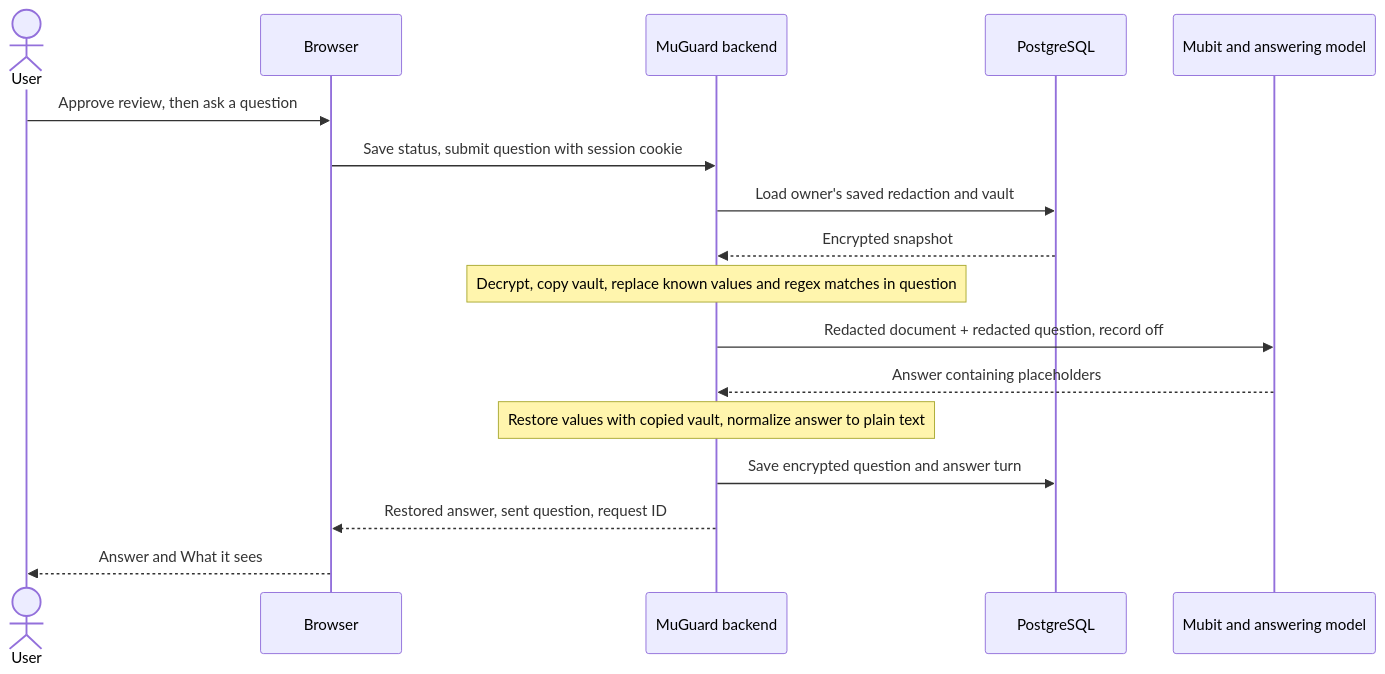
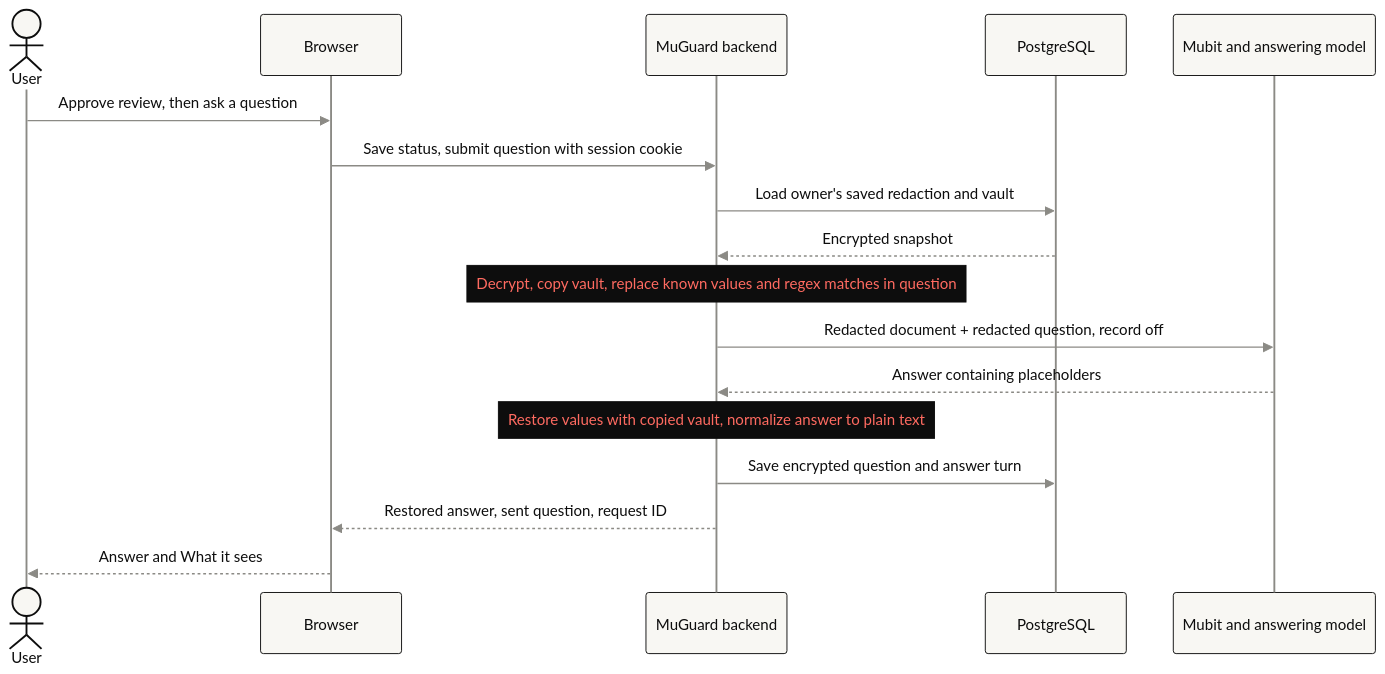
The third of 3 diagrams in docs/ARCHITECTURE.md (kolyamkl/night-shift), drawn with Mermaid before and after one commit. The commit also changed other lines of this file and 9 other files, not shown here.

Commit message:
Docs: diagrams in the README's style, a backend layers picture

````diff
--- a/docs/ARCHITECTURE.md
+++ b/docs/ARCHITECTURE.md
@@ -74,19 +82,20 @@
 ```mermaid
+%%{init: {"theme": "base", "themeVariables": {"fontFamily": "ui-monospace, SFMono-Regular, Menlo, monospace", "primaryColor": "#f8f7f3", "primaryTextColor": "#0d0d0d", "primaryBorderColor": "#0d0d0d", "lineColor": "#8b8a85", "actorBkg": "#f8f7f3", "actorBorder": "#0d0d0d", "actorTextColor": "#0d0d0d", "actorLineColor": "#8b8a85", "signalColor": "#8b8a85", "signalTextColor": "#0d0d0d", "noteBkgColor": "#0d0d0d", "noteTextColor": "#ff6b61", "noteBorderColor": "#0d0d0d", "activationBkgColor": "#e2231a"}}}%%
 sequenceDiagram
     actor User
     participant UI as Browser
     participant API as MuGuard backend
     participant DB as PostgreSQL
     participant M as Mubit and answering model
     User->>UI: Approve review, then ask a question
     UI->>API: Save status, submit question with session cookie
     API->>DB: Load owner's saved redaction and vault
     DB-->>API: Encrypted snapshot
     Note over API: Decrypt, copy vault, replace known values and regex matches in question
     API->>M: Redacted document + redacted question, record off
     M-->>API: Answer containing placeholders
     Note over API: Restore values with copied vault, normalize answer to plain text
     API->>DB: Save encrypted question and answer turn
     API-->>UI: Restored answer, sent question, request ID
     UI-->>User: Answer and What it sees
 ```
````
